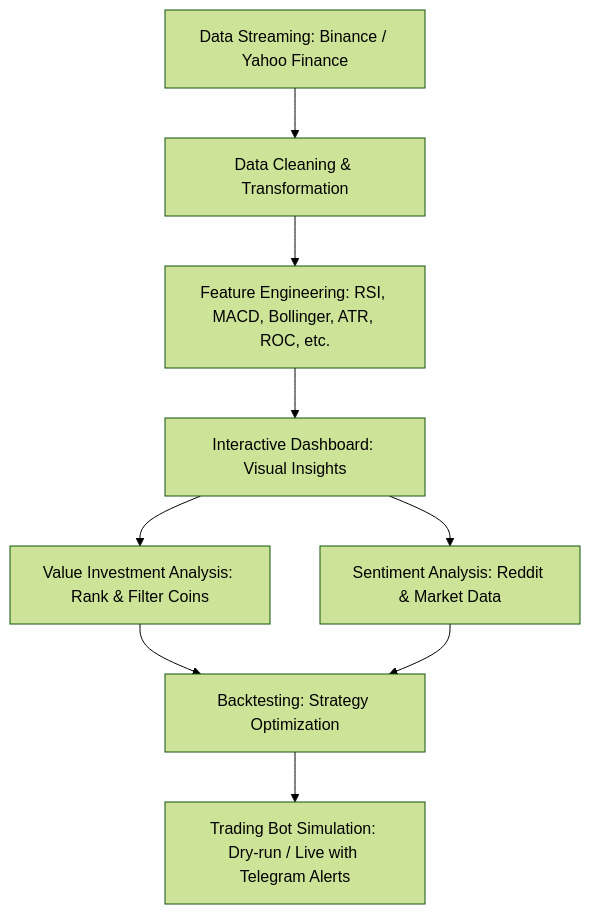
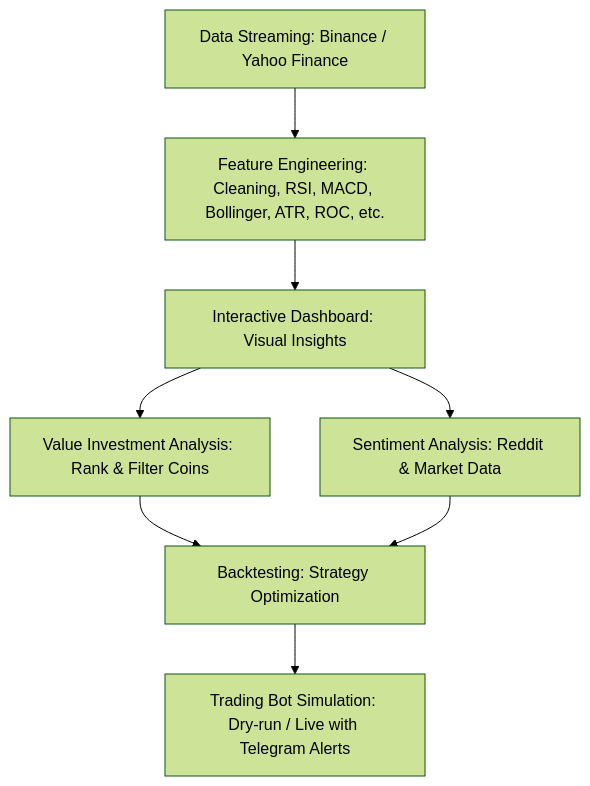
The diagram in README.md (CodeEagle22/SiriFi), drawn with Mermaid (forest theme) before and after one commit.

````diff
--- a/README.md
+++ b/README.md
@@ -54,12 +54,12 @@
 ```mermaid
 flowchart TD
-    A[Data Streaming: Binance / Yahoo Finance] --> B[Data Cleaning & Transformation]
-    B --> C[Feature Engineering: RSI, MACD, Bollinger, ATR, ROC, etc.]
-    C --> D[Interactive Dashboard: Visual Insights]
-    D --> E[Value Investment Analysis: Rank & Filter Coins]
-    D --> F[Sentiment Analysis: Reddit & Market Data]
-    E --> G[Backtesting: Strategy Optimization]
-    F --> G
-    G --> H[Trading Bot Simulation: Dry-run / Live with Telegram Alerts]
+    A[Data Streaming: Binance / Yahoo Finance] --> B[Feature Engineering: Cleaning, RSI, MACD, Bollinger, ATR, ROC, etc.]
+    B --> C[Interactive Dashboard: Visual Insights]
+    C --> D[Value Investment Analysis: Rank & Filter Coins]
+    C --> E[Sentiment Analysis: Reddit & Market Data]
+    D --> F[Backtesting: Strategy Optimization]
+    E --> F
+    F --> G[Trading Bot Simulation: Dry-run / Live with Telegram Alerts]
+
 
 ```
````
